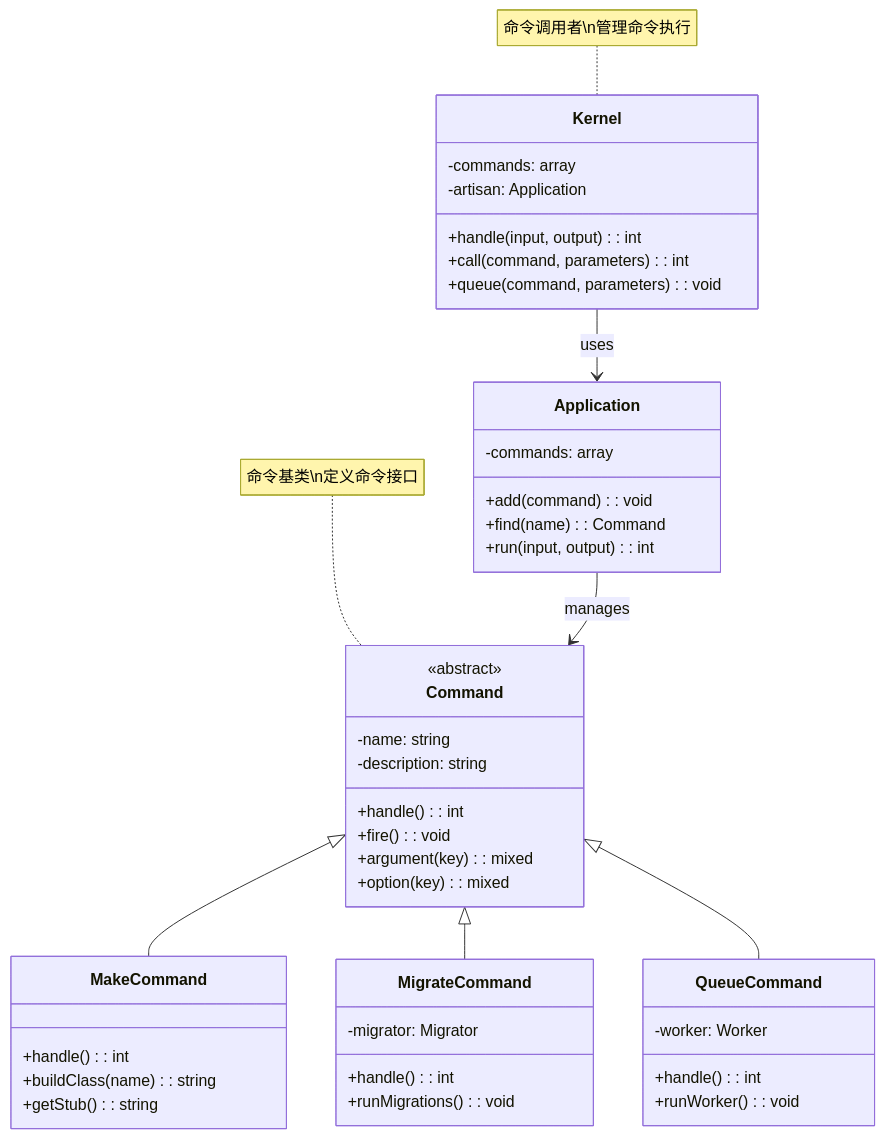
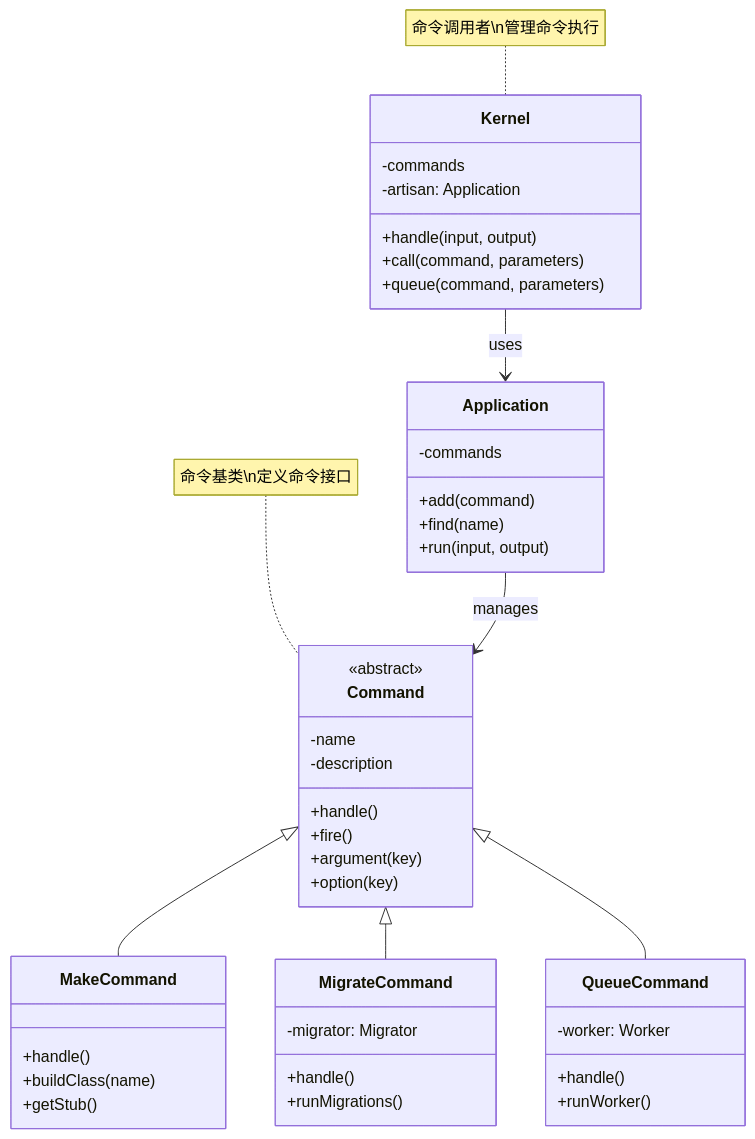
The second of 5 diagrams in resources/design-patterns/laravel/behavioral/command_zh.md (fanly/DesignPattern), drawn with Mermaid before and after one commit. The commit also changed other lines of this file and 103 other files, not shown here.

````diff
--- a/resources/design-patterns/laravel/behavioral/command_zh.md
+++ b/resources/design-patterns/laravel/behavioral/command_zh.md
@@ -53,54 +53,54 @@
 ```mermaid
 classDiagram
     class Kernel {
-        -commands: array
+        -commands
         -artisan: Application
-        +handle(input, output): int
-        +call(command, parameters): int
-        +queue(command, parameters): void
+        +handle(input, output)
+        +call(command, parameters)
+        +queue(command, parameters)
     }
     
     class Command {
         <<abstract>>
-        -name: string
-        -description: string
-        +handle(): int
-        +fire(): void
-        +argument(key): mixed
-        +option(key): mixed
+        -name
+        -description
+        +handle()
+        +fire()
+        +argument(key)
+        +option(key)
     }
     
     class MakeCommand {
-        +handle(): int
-        +buildClass(name): string
-        +getStub(): string
+        +handle()
+        +buildClass(name)
+        +getStub()
     }
     
     class MigrateCommand {
         -migrator: Migrator
-        +handle(): int
-        +runMigrations(): void
+        +handle()
+        +runMigrations()
     }
     
     class QueueCommand {
         -worker: Worker
-        +handle(): int
-        +runWorker(): void
+        +handle()
+        +runWorker()
     }
     
     class Application {
-        -commands: array
-        +add(command): void
-        +find(name): Command
-        +run(input, output): int
+        -commands
+        +add(command)
+        +find(name)
+        +run(input, output)
     }
     
     Kernel --> Application : uses
     Command <|-- MakeCommand
     Command <|-- MigrateCommand
     Command <|-- QueueCommand
     Application --> Command : manages
     
     note for Command "命令基类\n定义命令接口"
     note for Kernel "命令调用者\n管理命令执行"
 ```
````
